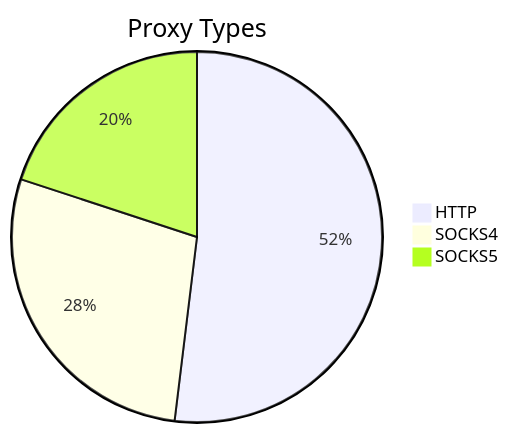
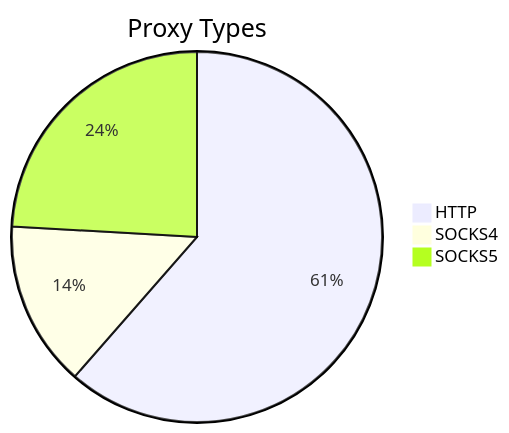
Before and after one commit to stormsia/proxy-list: the first of 2 diagrams in README.md, drawn with Mermaid. The commit also changed other lines of this file, not shown here.

````diff
--- a/README.md
+++ b/README.md
@@ -21,6 +21,6 @@
 ```mermaid
 pie title Proxy Types
-    "HTTP" : 242
-    "SOCKS4" : 131
-    "SOCKS5" : 93
+    "HTTP" : 255
+    "SOCKS4" : 60
+    "SOCKS5" : 100
 ```
````
